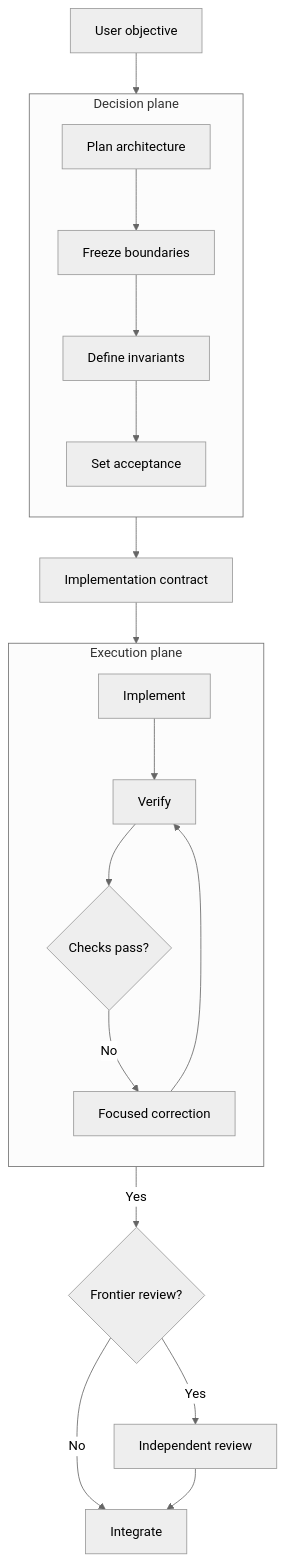
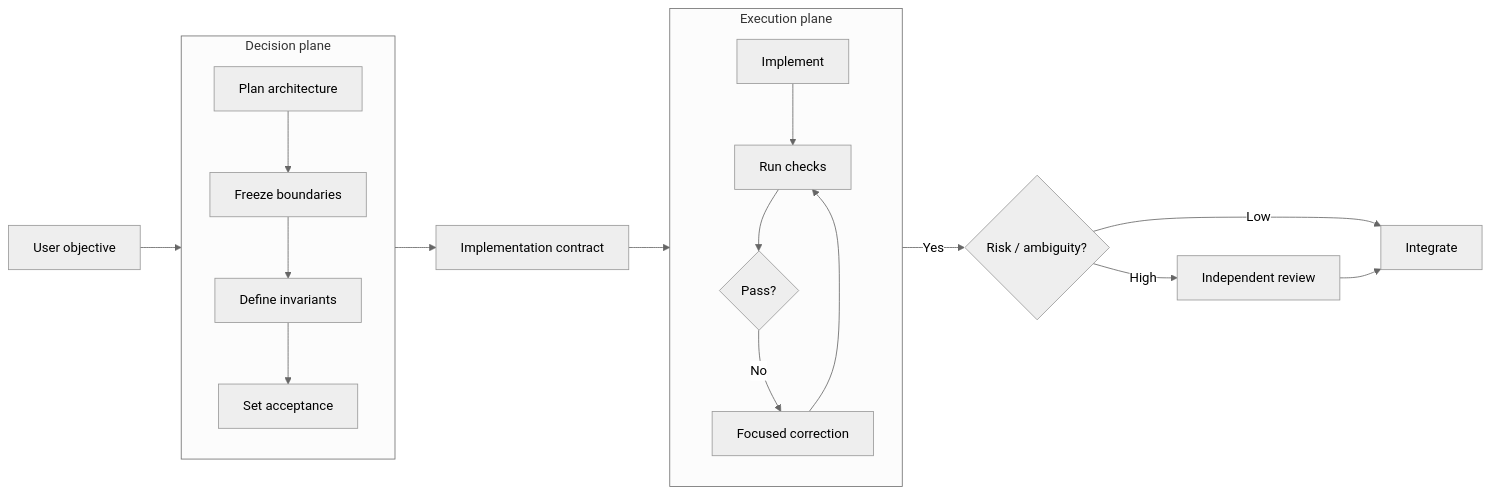
One commit to Strataward/durable-threads changed the first of 4 diagrams in docs/articles/frontier-decisions-cheap-execution.md. Above: the diagram before and after it, drawn with Mermaid (neutral theme). The commit also changed other lines of this file and 13 other files, not shown here.

````diff
--- a/docs/articles/frontier-decisions-cheap-execution.md
+++ b/docs/articles/frontier-decisions-cheap-execution.md
@@ -17,27 +17,27 @@
 ```mermaid
-flowchart TB
-    U["User objective"] --> P
+flowchart LR
+    U["User objective"] --> DP
 
     subgraph DP["Decision plane"]
         direction TB
         P["Plan architecture"] --> B["Freeze boundaries"]
         B --> I["Define invariants"]
         I --> A["Set acceptance"]
     end
 
-    A --> H["Implementation contract"]
-    H --> W
+    A --> C["Implementation contract"]
+    C --> EP
 
     subgraph EP["Execution plane"]
         direction TB
-        W["Implement"] --> T["Verify"]
-        T --> F{"Checks pass?"}
-        F -->|"No"| C["Focused correction"]
-        C --> T
+        W["Implement"] --> T["Run checks"]
+        T --> Q{"Pass?"}
+        Q -->|"No"| F["Focused correction"]
+        F --> T
     end
 
-    F -->|"Yes"| R{"Frontier review?"}
-    R -->|"No"| X["Integrate"]
-    R -->|"Yes"| V["Independent review"]
+    Q -->|"Yes"| R{"Risk / ambiguity?"}
+    R -->|"Low"| X["Integrate"]
+    R -->|"High"| V["Independent review"]
     V --> X
 ```
````
